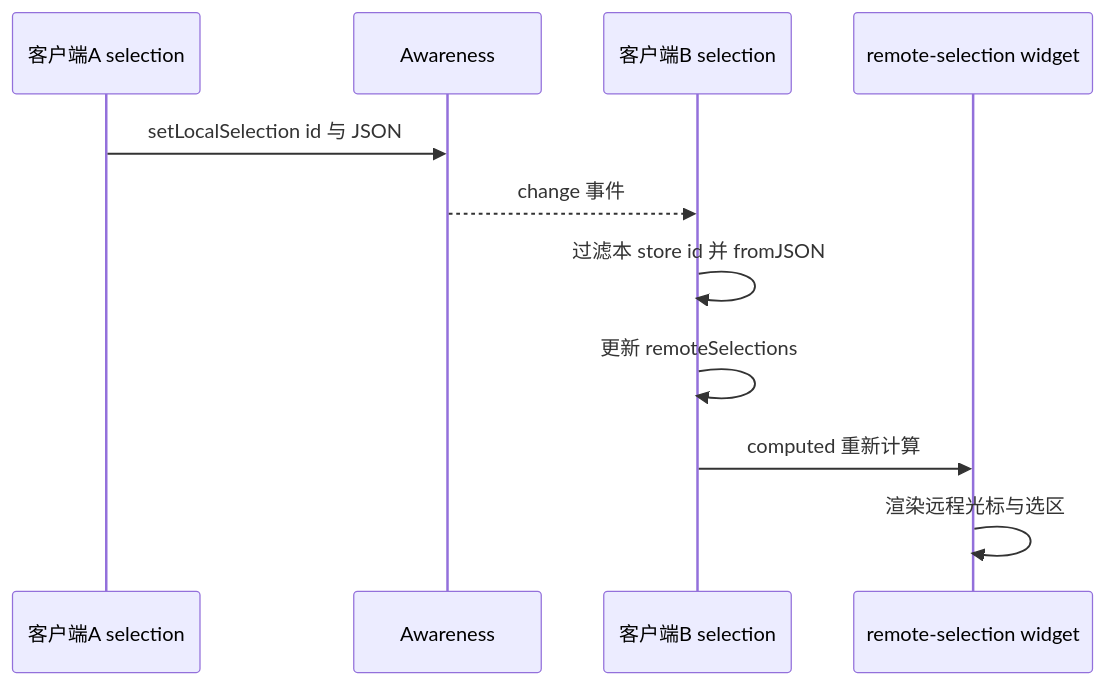
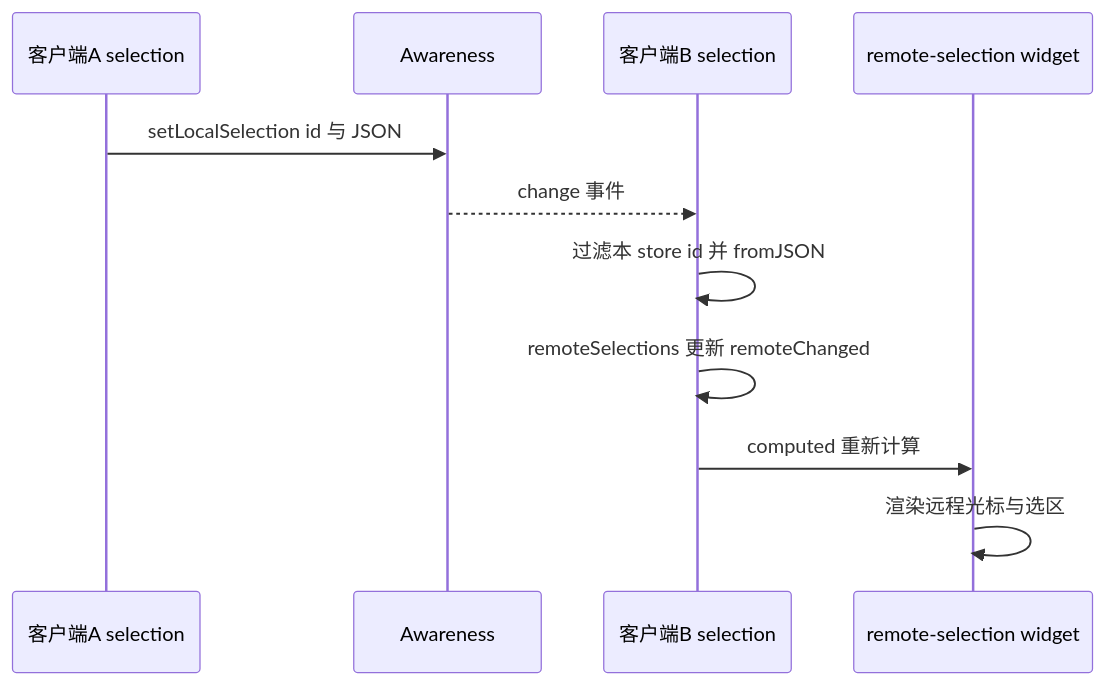
Before and after one commit to lfire/AFFiNE: the fourth of 6 diagrams in learning-guide/slides/decks/13.md, drawn with Mermaid. The commit also changed other lines of this file and 46 other files, not shown here.

````diff
--- a/learning-guide/slides/decks/13.md
+++ b/learning-guide/slides/decks/13.md
@@ -335,13 +366,13 @@
 ```mermaid
 sequenceDiagram
   participant A as 客户端A selection
   participant AW as Awareness
   participant B as 客户端B selection
   participant W as remote-selection widget
   A->>AW: setLocalSelection id 与 JSON
   AW-->>B: change 事件
   B->>B: 过滤本 store id 并 fromJSON
-  B->>B: 更新 remoteSelections
+  B->>B: remoteSelections 更新 remoteChanged
   B->>W: computed 重新计算
   W->>W: 渲染远程光标与选区
 ```
````
